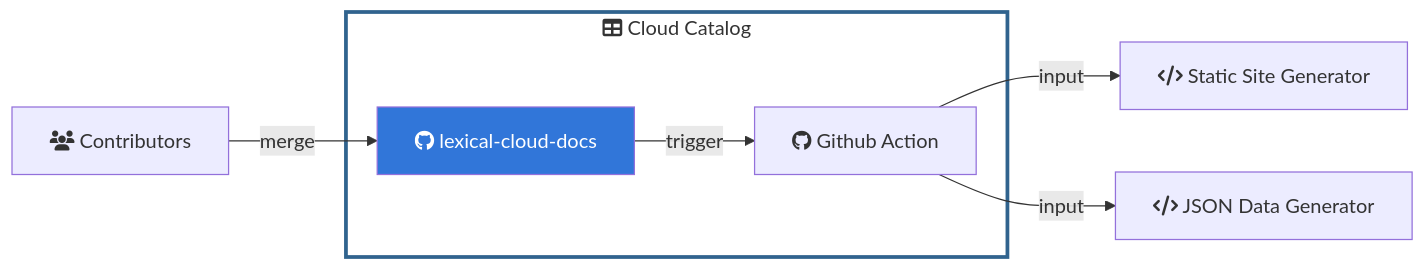
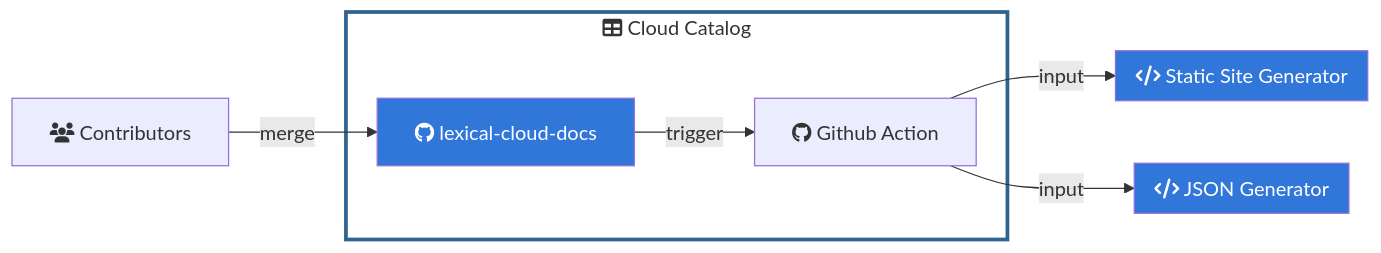
Before and after one commit to lexical-cloud/lexical-cloud-docs: the sixth of 11 diagrams in en/pages/project.md, drawn with Mermaid. The commit also changed other lines of this file, not shown here.

````diff
--- a/en/pages/project.md
+++ b/en/pages/project.md
@@ -371,25 +371,29 @@
 ```mermaid
 flowchart LR
 %% entities
   U1["fa:fa-users Contributors"]
   C1["fab:fa-github lexical-cloud-docs"]
   C2["fab:fa-github Github Action"]
-  O1["fa:fa-code Static Site Generator"]
-  O2["fa:fa-code JSON Data Generator"]
 %% groups
   subgraph G1["fa:fa-table Cloud Catalog"]
     C1
     C2
   end
+  subgraph G2["fa:fa-code Static Site Generator"]
+  end
+  subgraph G3["fa:fa-code JSON Generator"]
+  end
 %% relationships
   U1 -->|merge| C1
   C1 -->|trigger| C2
-  C2 -->|input| O1
-  C2 -->|input| O2 
+  C2 -->|input| G2
+  C2 -->|input| G3 
 %% styles
   classDef clickable fill:#3176d9,color:white
   classDef cluster fill:white
   style G1 stroke:#30638E,stroke-width:3px
 %% interactions
   click C1 href "https://www.github.com/lexical-cloud/lexical-cloud-docs" _blank
+  click G2 "#static-site-generator"
+  click G3 "#json-generator"
 ```
````
